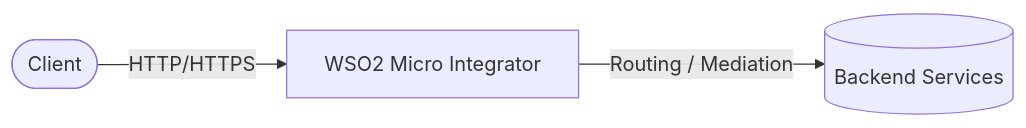
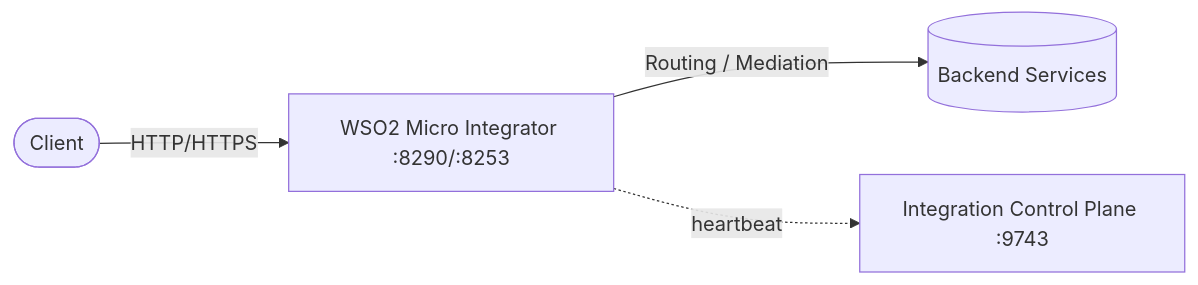
The first of 3 diagrams in wso2-mi/README.md (marcuwynu23/docker-compose-collections), drawn with Mermaid before and after one commit. The commit also changed other lines of this file, not shown here.

Commit message:
docs: update wso2-mi README with usage, backend, and APIM integration guides

````diff
--- a/wso2-mi/README.md
+++ b/wso2-mi/README.md
@@ -9,5 +14,6 @@
 ```mermaid
 flowchart LR
-    Client([Client]) -->|HTTP/HTTPS| MI[WSO2 Micro Integrator]
+    Client([Client]) -->|HTTP/HTTPS| MI[WSO2 Micro Integrator :8290/:8253]
     MI -->|Routing / Mediation| Backend[(Backend Services)]
+    MI -.heartbeat.-> ICP[Integration Control Plane :9743]
 ```
````
